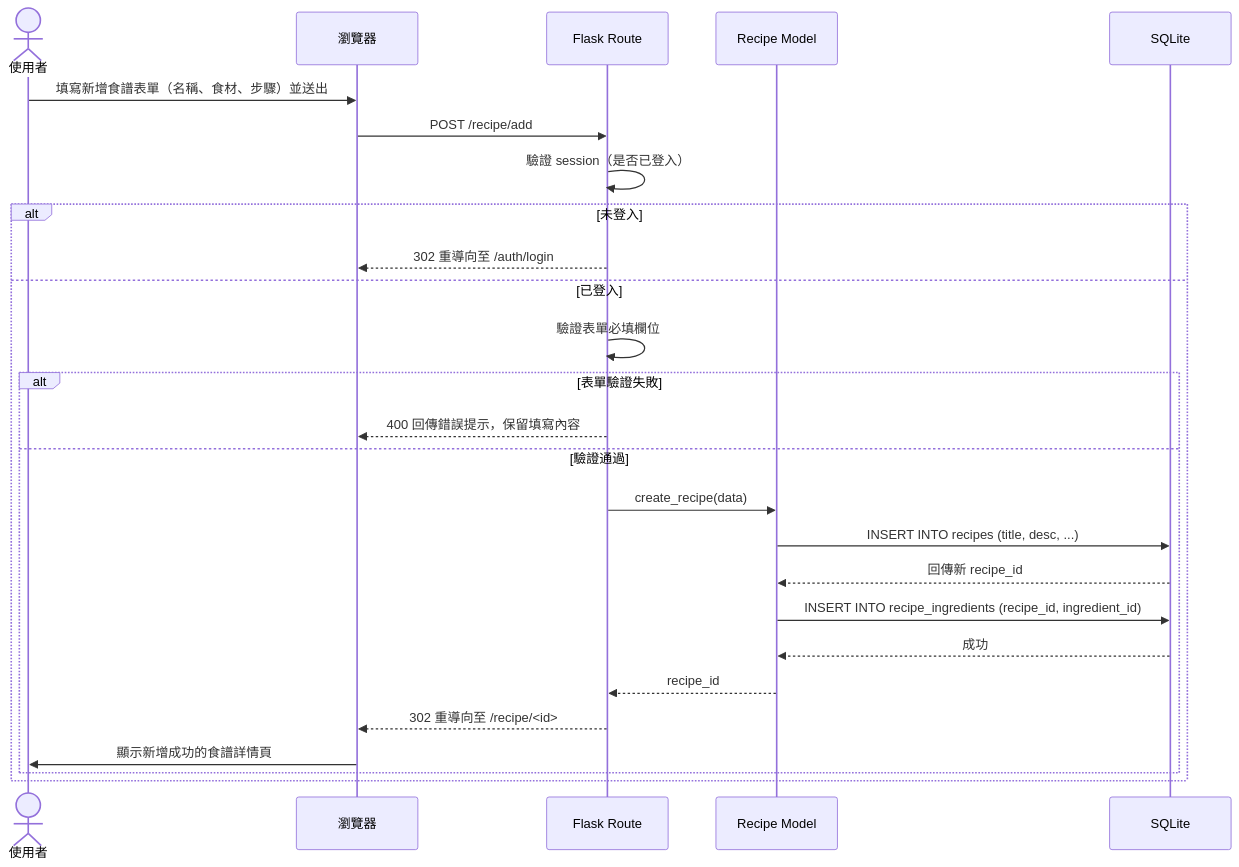
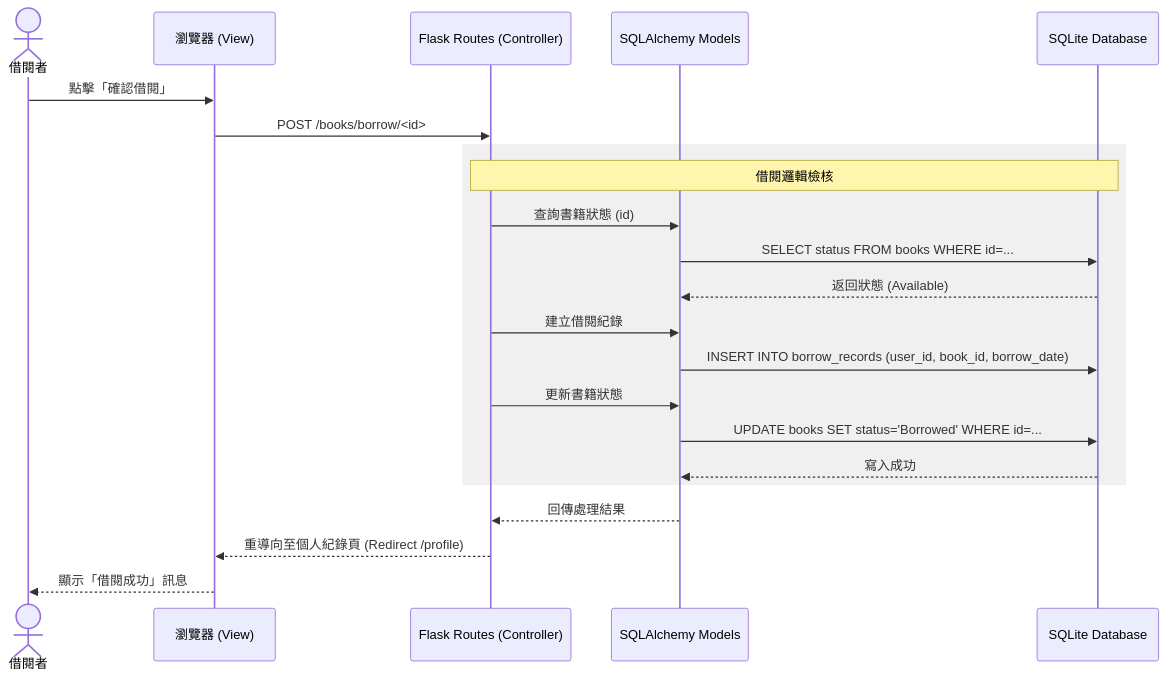
One commit to d1420235o365/web_app_development changed the second of 2 diagrams in docs/FLOWCHART.md. Above: the diagram before and after it, drawn with Mermaid. The commit also changed other lines of this file, not shown here.

Commit message:
docs: add user flowchart

````diff
--- a/docs/FLOWCHART.md
+++ b/docs/FLOWCHART.md
@@ -80,31 +43,29 @@
 ```mermaid
 sequenceDiagram
-    actor User as 使用者
-    participant Browser as 瀏覽器
-    participant Route as Flask Route
-    participant Model as Recipe Model
-    participant DB as SQLite
+    actor User as 借閱者
+    participant Browser as 瀏覽器 (View)
+    participant Flask as Flask Routes (Controller)
+    participant Model as SQLAlchemy Models
+    participant DB as SQLite Database
 
-    User->>Browser: 填寫新增食譜表單（名稱、食材、步驟）並送出
-    Browser->>Route: POST /recipe/add
-
-    Route->>Route: 驗證 session（是否已登入）
-
-    alt 未登入
-        Route-->>Browser: 302 重導向至 /auth/login
-    else 已登入
-        Route->>Route: 驗證表單必填欄位
-        alt 表單驗證失敗
-            Route-->>Browser: 400 回傳錯誤提示，保留填寫內容
-        else 驗證通過
-            Route->>Model: create_recipe(data)
-            Model->>DB: INSERT INTO recipes (title, desc, ...)
-            DB-->>Model: 回傳新 recipe_id
-            Model->>DB: INSERT INTO recipe_ingredients (recipe_id, ingredient_id)
-            DB-->>Model: 成功
-            Model-->>Route: recipe_id
-            Route-->>Browser: 302 重導向至 /recipe/<id>
-            Browser->>User: 顯示新增成功的食譜詳情頁
-        end
+    User->>Browser: 點擊「確認借閱」
+    Browser->>Flask: POST /books/borrow/<id>
+    
+    rect rgb(240, 240, 240)
+        Note over Flask, DB: 借閱邏輯檢核
+        Flask->>Model: 查詢書籍狀態 (id)
+        Model->>DB: SELECT status FROM books WHERE id=...
+        DB-->>Model: 返回狀態 (Available)
+        
+        Flask->>Model: 建立借閱紀錄
+        Model->>DB: INSERT INTO borrow_records (user_id, book_id, borrow_date)
+        
+        Flask->>Model: 更新書籍狀態
+        Model->>DB: UPDATE books SET status='Borrowed' WHERE id=...
+        DB-->>Model: 寫入成功
     end
+    
+    Model-->>Flask: 回傳處理結果
+    Flask-->>Browser: 重導向至個人紀錄頁 (Redirect /profile)
+    Browser-->>User: 顯示「借閱成功」訊息
 ```
````
